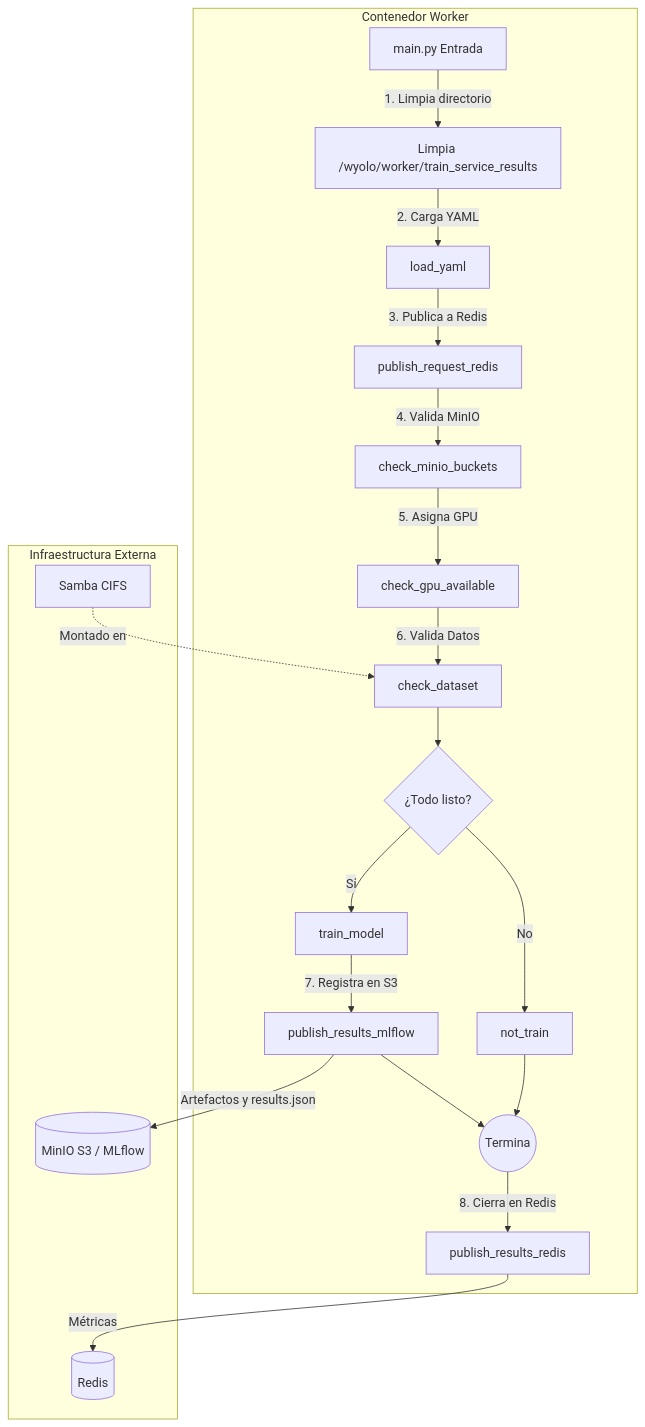
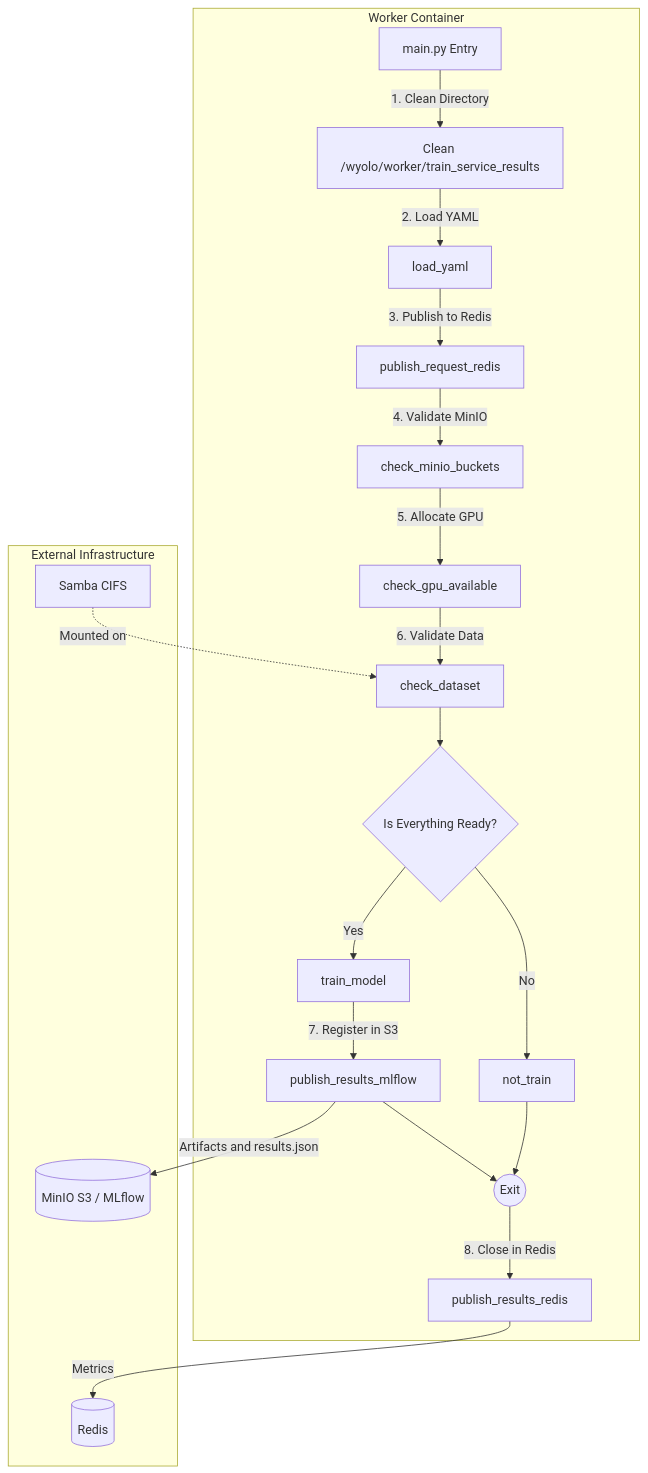
One commit to wisrovi/wyoloservice2_worker changed the diagram in README.md. Above: the diagram before and after it, drawn with Mermaid. The commit also changed other lines of this file, not shown here.

Commit message:
docs: translate worker README.md to English and add Version 2.0.0 Changelog

````diff
--- a/README.md
+++ b/README.md
@@ -11,26 +11,26 @@
 ```mermaid
 flowchart TD
-    subgraph Contenedor_Worker [Contenedor Worker]
-        M[main.py Entrada] -->|1. Limpia directorio| C[Limpia /wyolo/worker/train_service_results]
-        C -->|2. Carga YAML| L[load_yaml]
-        L -->|3. Publica a Redis| PR[publish_request_redis]
-        PR -->|4. Valida MinIO| MIN[check_minio_buckets]
-        MIN -->|5. Asigna GPU| GPU[check_gpu_available]
-        GPU -->|6. Valida Datos| DS[check_dataset]
+    subgraph Worker_Container [Worker Container]
+        M[main.py Entry] -->|1. Clean Directory| C[Clean /wyolo/worker/train_service_results]
+        C -->|2. Load YAML| L[load_yaml]
+        L -->|3. Publish to Redis| PR[publish_request_redis]
+        PR -->|4. Validate MinIO| MIN[check_minio_buckets]
+        MIN -->|5. Allocate GPU| GPU[check_gpu_available]
+        GPU -->|6. Validate Data| DS[check_dataset]
         
-        DS --> Dec{¿Todo listo?}
-        Dec -->|Sí| T[train_model]
+        DS --> Dec{Is Everything Ready?}
+        Dec -->|Yes| T[train_model]
         Dec -->|No| NT[not_train]
         
-        T -->|7. Registra en S3| PML[publish_results_mlflow]
-        PML --> End((Termina))
+        T -->|7. Register in S3| PML[publish_results_mlflow]
+        PML --> End((Exit))
         NT --> End
-        End -->|8. Cierra en Redis| RED[publish_results_redis]
+        End -->|8. Close in Redis| RED[publish_results_redis]
     end
 
-    subgraph Host_y_Servicios [Infraestructura Externa]
-        SM[Samba CIFS] -.->|Montado en| DS
-        RED -->|Métricas| R[(Redis)]
-        PML -->|Artefactos y results.json| MINIO[(MinIO S3 / MLflow)]
+    subgraph Host_and_Services [External Infrastructure]
+        SM[Samba CIFS] -.->|Mounted on| DS
+        RED -->|Metrics| R[(Redis)]
+        PML -->|Artifacts and results.json| MINIO[(MinIO S3 / MLflow)]
     end
 ```
````
